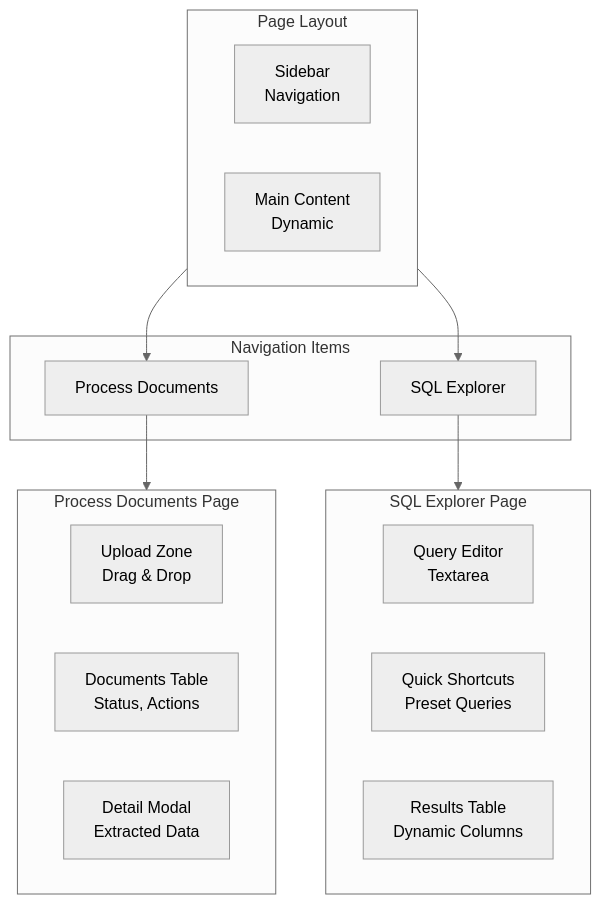
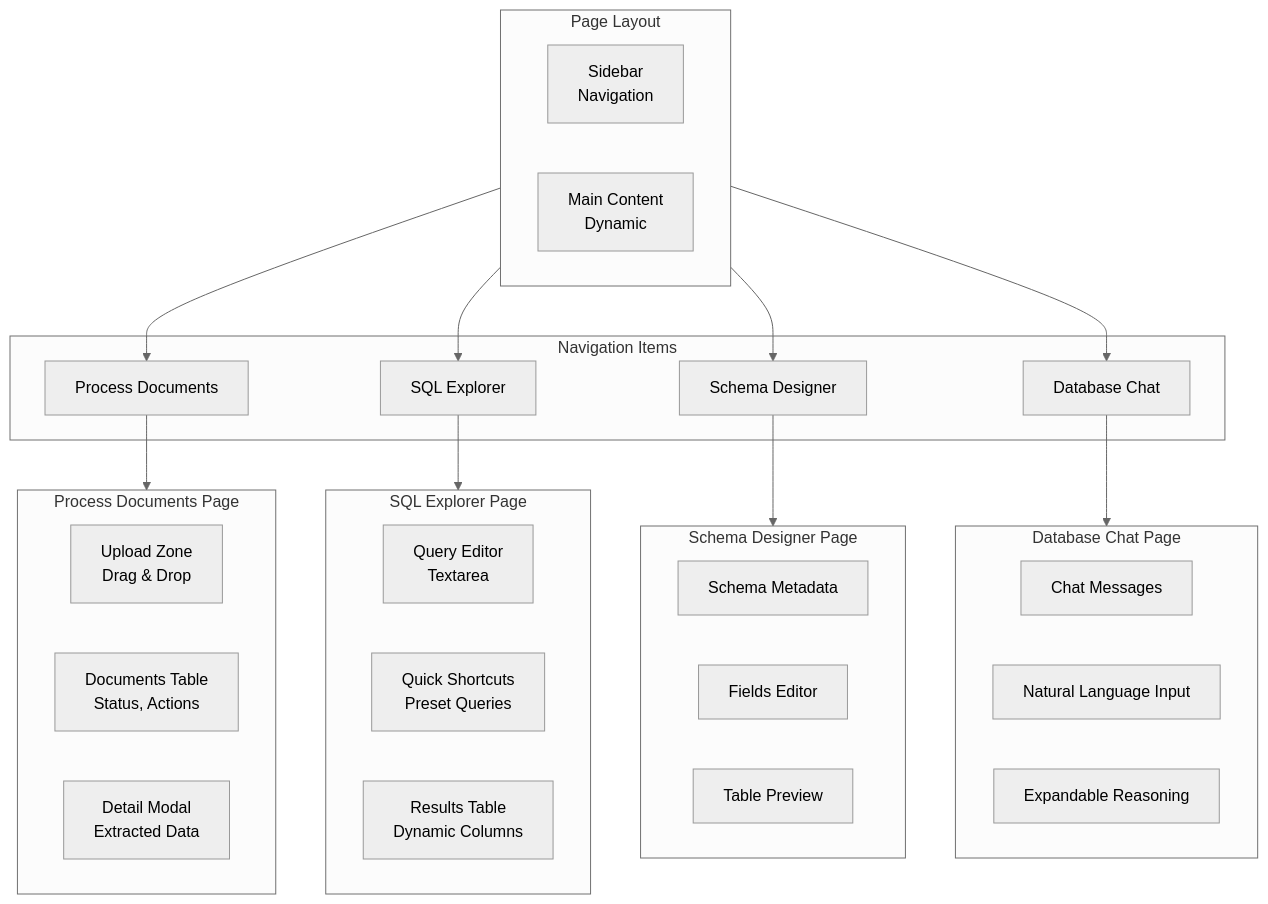
One commit to gustavorubim/document-entity-extractor changed diagram 11 of 13 in README.md. Above: the diagram before and after it, drawn with Mermaid (neutral theme). The commit also changed other lines of this file and 4 other files, not shown here.

First line of the commit message:
Add Database Chat feature with ReAct agent for natural language queries

````diff
--- a/README.md
+++ b/README.md
@@ -1340,30 +1454,48 @@
 ```mermaid
 flowchart TB
     subgraph Layout["Page Layout"]
         direction LR
         SIDEBAR[Sidebar<br/>Navigation]
         MAIN[Main Content<br/>Dynamic]
     end
 
     subgraph Navigation["Navigation Items"]
         NAV1[Process Documents]
         NAV2[SQL Explorer]
+        NAV3[Schema Designer]
+        NAV4[Database Chat]
     end
 
     subgraph ProcessDocs["Process Documents Page"]
         UPLOAD[Upload Zone<br/>Drag & Drop]
         TABLE[Documents Table<br/>Status, Actions]
         MODAL[Detail Modal<br/>Extracted Data]
     end
 
     subgraph SQLExplorer["SQL Explorer Page"]
         QUERY[Query Editor<br/>Textarea]
         SHORTCUTS[Quick Shortcuts<br/>Preset Queries]
         RESULTS[Results Table<br/>Dynamic Columns]
     end
 
+    subgraph SchemaDesigner["Schema Designer Page"]
+        META[Schema Metadata]
+        FIELDS[Fields Editor]
+        PREVIEW[Table Preview]
+    end
+
+    subgraph DatabaseChat["Database Chat Page"]
+        CHATMSG[Chat Messages]
+        CHATINPUT[Natural Language Input]
+        REASONING[Expandable Reasoning]
+    end
+
     SIDEBAR --> NAV1
     SIDEBAR --> NAV2
+    SIDEBAR --> NAV3
+    SIDEBAR --> NAV4
     NAV1 --> ProcessDocs
     NAV2 --> SQLExplorer
+    NAV3 --> SchemaDesigner
+    NAV4 --> DatabaseChat
 ```
````
